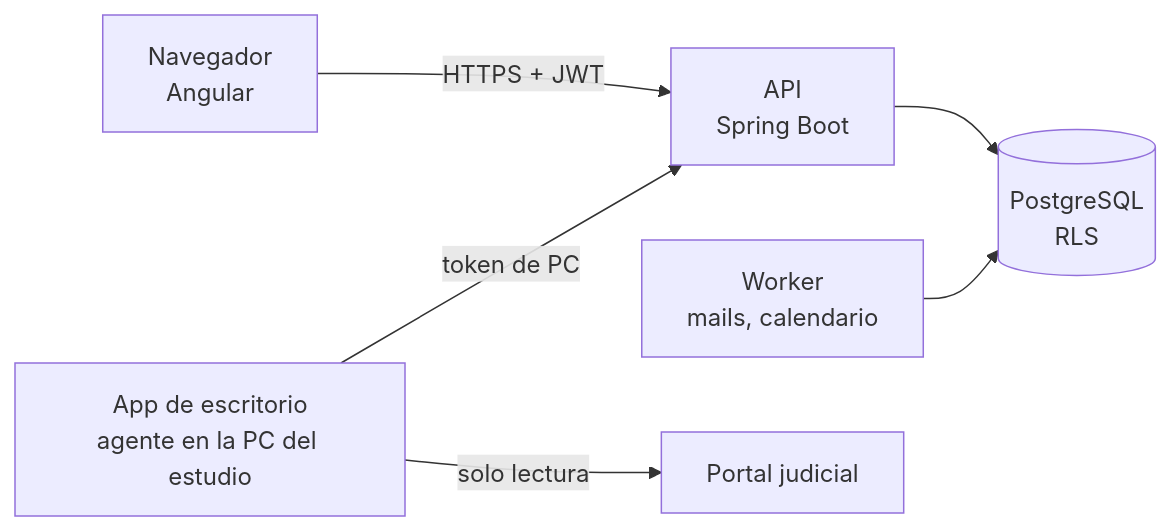
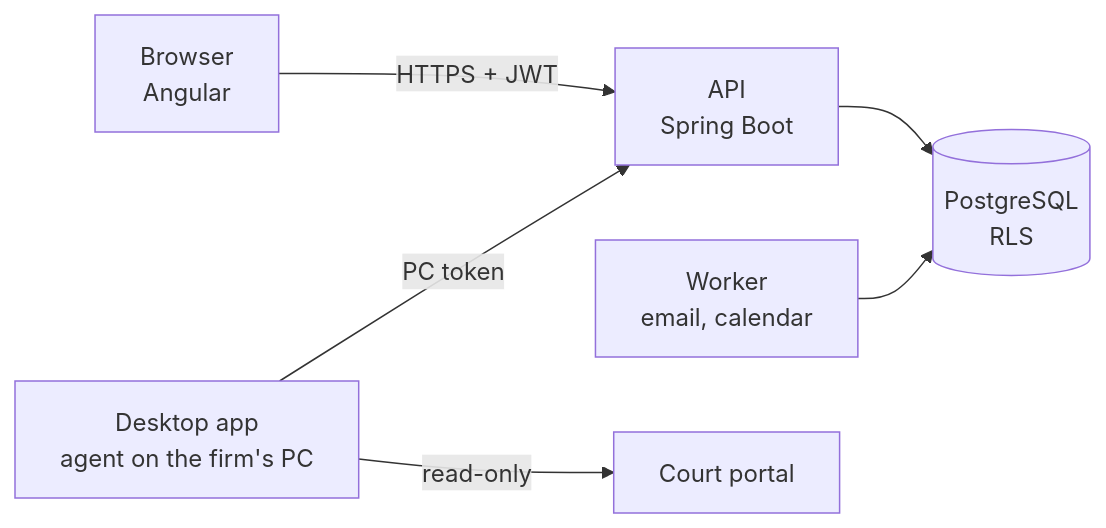
The diagram in README.md (francoamarilla/causario-showcase), drawn with Mermaid before and after one commit. The commit also changed other lines of this file and 2 other files, not shown here.

````diff
--- a/README.md
+++ b/README.md
@@ -60,8 +60,8 @@
 ```mermaid
 flowchart LR
-    N[Navegador<br/>Angular] -->|HTTPS + JWT| A[API<br/>Spring Boot]
+    N[Browser<br/>Angular] -->|HTTPS + JWT| A[API<br/>Spring Boot]
     A --> D[(PostgreSQL<br/>RLS)]
-    W[Worker<br/>mails, calendario] --> D
-    P[App de escritorio<br/>agente en la PC del estudio] -->|token de PC| A
-    P -->|solo lectura| X[Portal judicial]
+    W[Worker<br/>email, calendar] --> D
+    P[Desktop app<br/>agent on the firm's PC] -->|PC token| A
+    P -->|read-only| X[Court portal]
 ```
````
